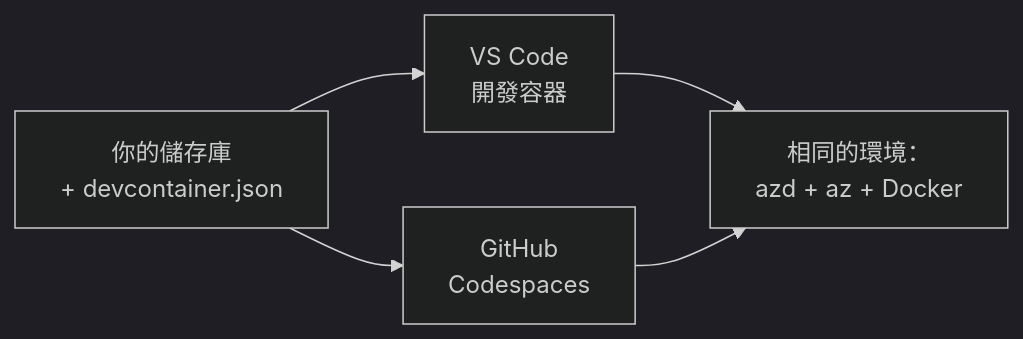
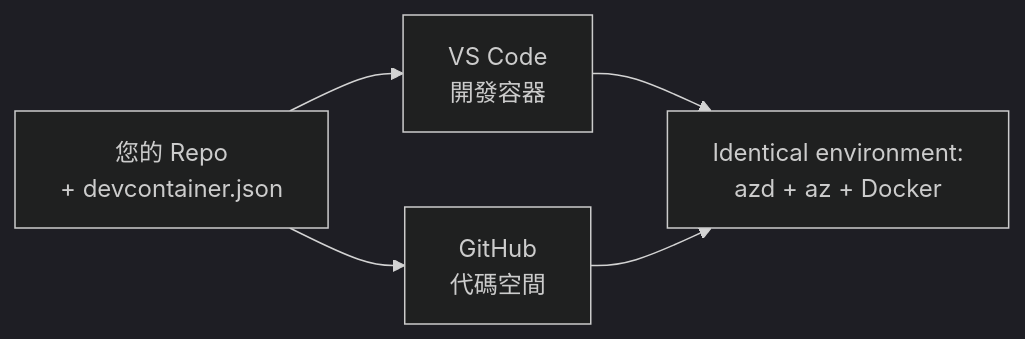
The diagram in translations/zh-MO/docs/chapter-01-foundation/dev-containers.md (microsoft/AZD-for-beginners), drawn with Mermaid (dark theme) before and after one commit. The commit also changed other lines of this file and 61 other files, not shown here.

````diff
--- a/translations/zh-MO/docs/chapter-01-foundation/dev-containers.md
+++ b/translations/zh-MO/docs/chapter-01-foundation/dev-containers.md
@@ -41,7 +41,7 @@
 ```mermaid
 graph LR
-    Repo[你的儲存庫<br/>+ devcontainer.json] --> VSCode[VS Code<br/>開發容器]
-    Repo --> Codespaces[GitHub<br/>Codespaces]
-    VSCode --> Env[相同的環境：<br/>azd + az + Docker]
+    Repo[您的 Repo<br/>+ devcontainer.json] --> VSCode[VS Code<br/>開發容器]
+    Repo --> Codespaces[GitHub<br/>代碼空間]
+    VSCode --> Env[Identical environment:<br/>azd + az + Docker]
     Codespaces --> Env
 ```
````
